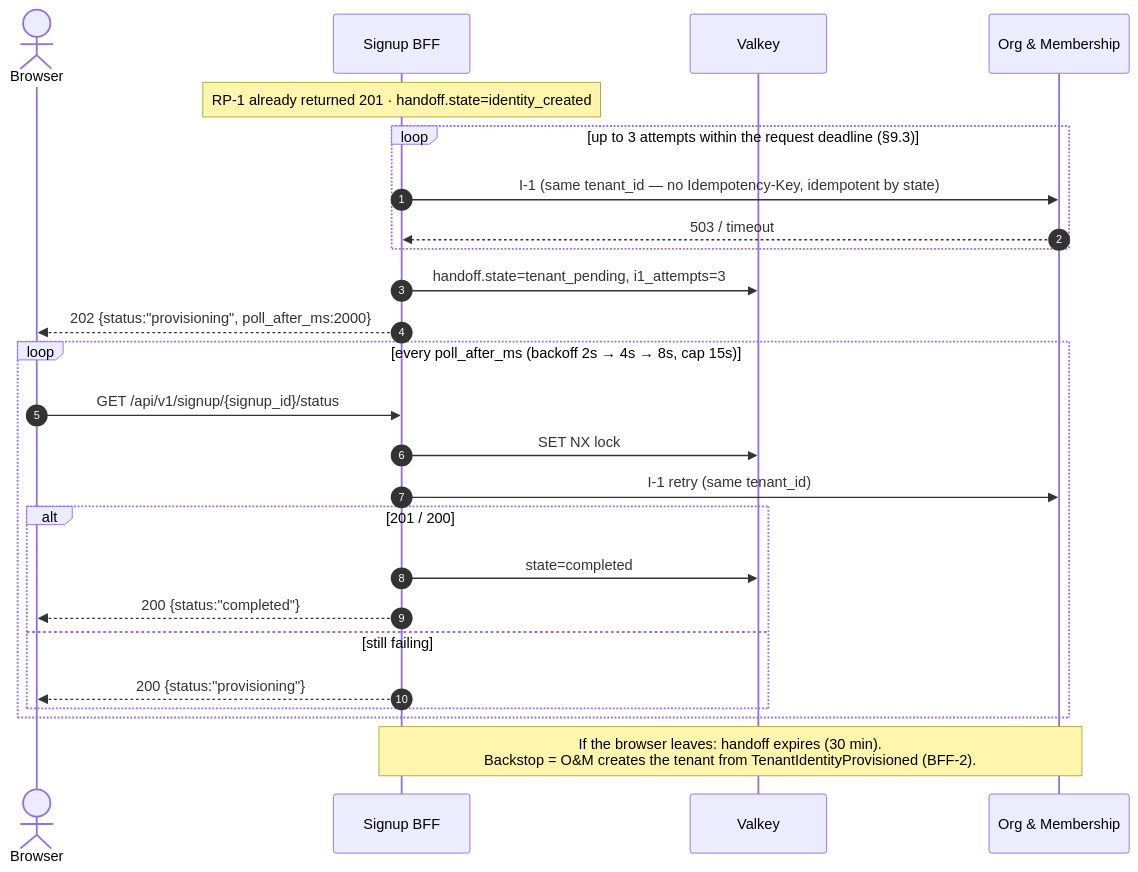
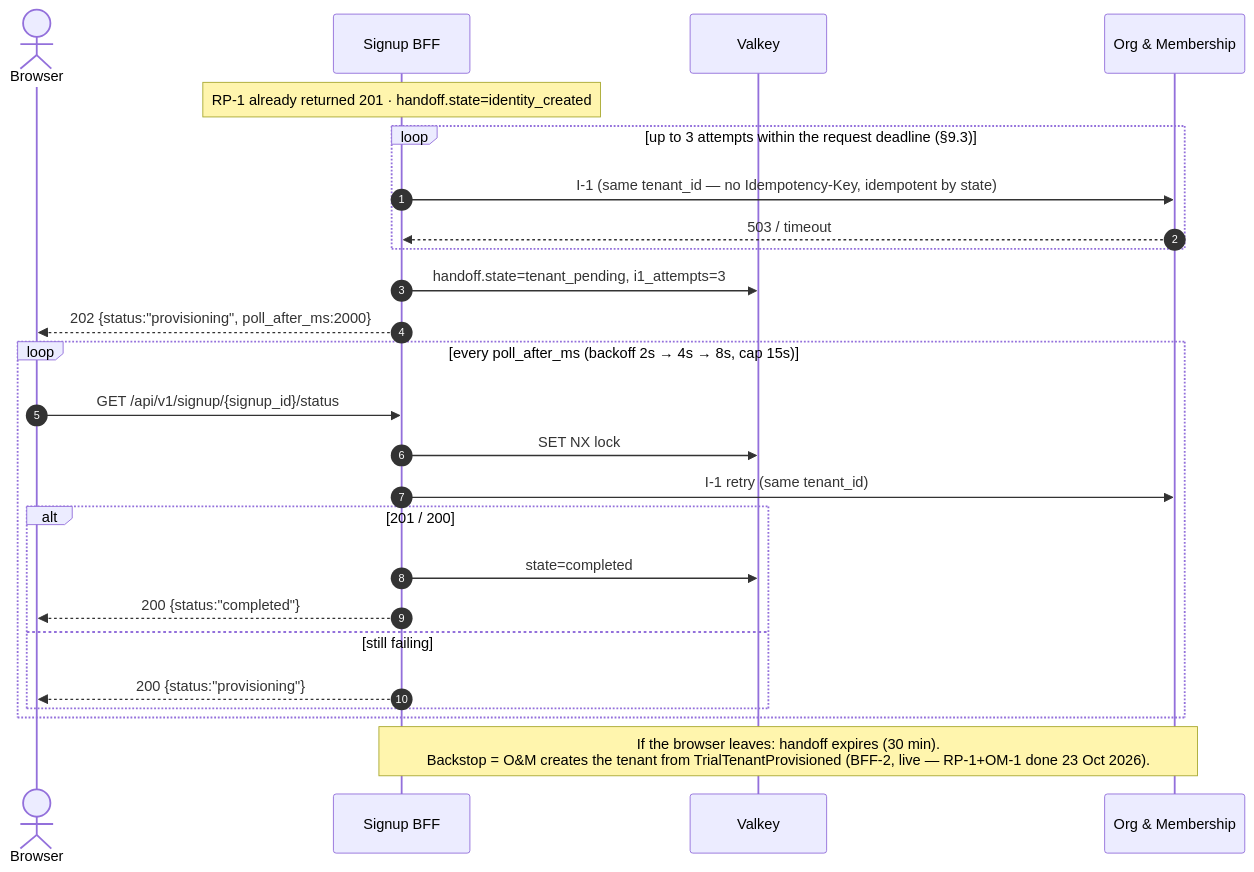
One commit to BCBP-SOLUTIONS-FZC-LLC/bff-signup changed the third of 5 diagrams in docs/lld/signup-bff-lld.md. Above: the diagram before and after it, drawn with Mermaid. The commit also changed other lines of this file and 19 other files, not shown here.

````diff
--- a/docs/lld/signup-bff-lld.md
+++ b/docs/lld/signup-bff-lld.md
@@ -535,28 +551,28 @@
 ```mermaid
 sequenceDiagram
     autonumber
     actor B as Browser
     participant S as Signup BFF
     participant V as Valkey
     participant OM as Org & Membership
 
     Note over S: RP-1 already returned 201 · handoff.state=identity_created
     loop up to 3 attempts within the request deadline (§9.3)
         S->>OM: I-1 (same tenant_id — no Idempotency-Key, idempotent by state)
         OM-->>S: 503 / timeout
     end
     S->>V: handoff.state=tenant_pending, i1_attempts=3
     S-->>B: 202 {status:"provisioning", poll_after_ms:2000}
     loop every poll_after_ms (backoff 2s → 4s → 8s, cap 15s)
         B->>S: GET /api/v1/signup/{signup_id}/status
         S->>V: SET NX lock
         S->>OM: I-1 retry (same tenant_id)
         alt 201 / 200
             S->>V: state=completed
             S-->>B: 200 {status:"completed"}
         else still failing
             S-->>B: 200 {status:"provisioning"}
         end
     end
-    Note over S,OM: If the browser leaves: handoff expires (30 min).<br/>Backstop = O&M creates the tenant from TenantIdentityProvisioned (BFF-2).
+    Note over S,OM: If the browser leaves: handoff expires (30 min).<br/>Backstop = O&M creates the tenant from TrialTenantProvisioned (BFF-2, live — RP-1+OM-1 done 23 Oct 2026).
 ```
````
